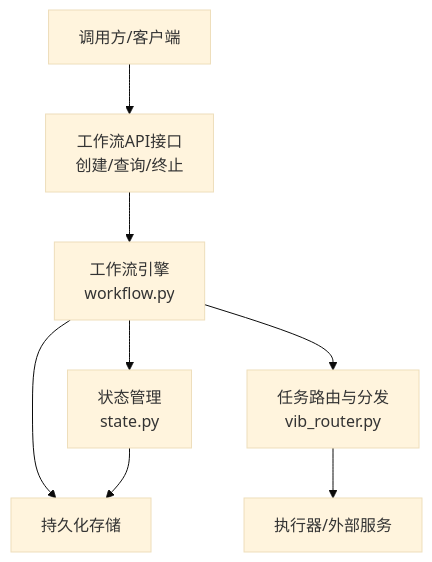
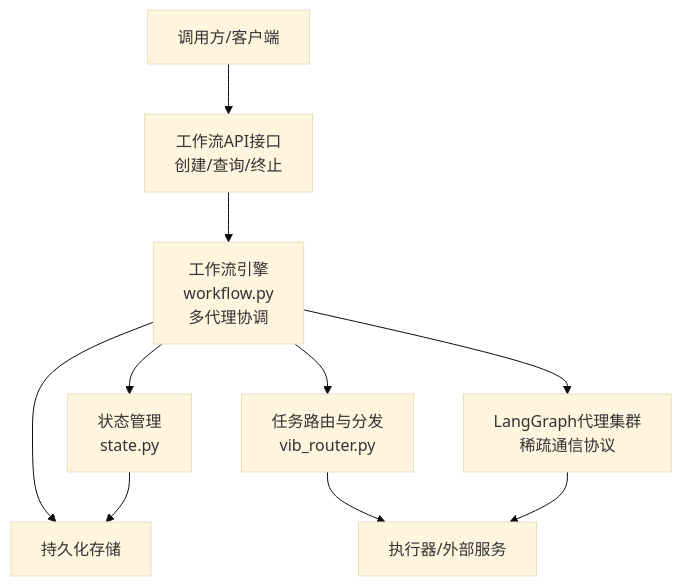
Before and after one commit to QuStarry/VIB-SparseCommunication: the second of 6 diagrams in .qoder/repowiki/zh/content/核心架构/工作流引擎.md, drawn with Mermaid (base theme). The commit also changed other lines of this file and 28 other files, not shown here.

````diff
--- a/.qoder/repowiki/zh/content/核心架构/工作流引擎.md
+++ b/.qoder/repowiki/zh/content/核心架构/工作流引擎.md
@@ -82,17 +92,20 @@
 ```mermaid
 graph TB
 Client["调用方/客户端"]
 API["工作流API接口<br/>创建/查询/终止"]
-Engine["工作流引擎<br/>workflow.py"]
+Engine["工作流引擎<br/>workflow.py<br/>多代理协调"]
 State["状态管理<br/>state.py"]
 Router["任务路由与分发<br/>vib_router.py"]
+Agents["LangGraph代理集群<br/>稀疏通信协议"]
 Executors["执行器/外部服务"]
 Store["持久化存储"]
 Client --> API
 API --> Engine
 Engine --> State
 Engine --> Router
+Engine --> Agents
 Router --> Executors
+Agents --> Executors
 Engine --> Store
 State --> Store
 ```
````
